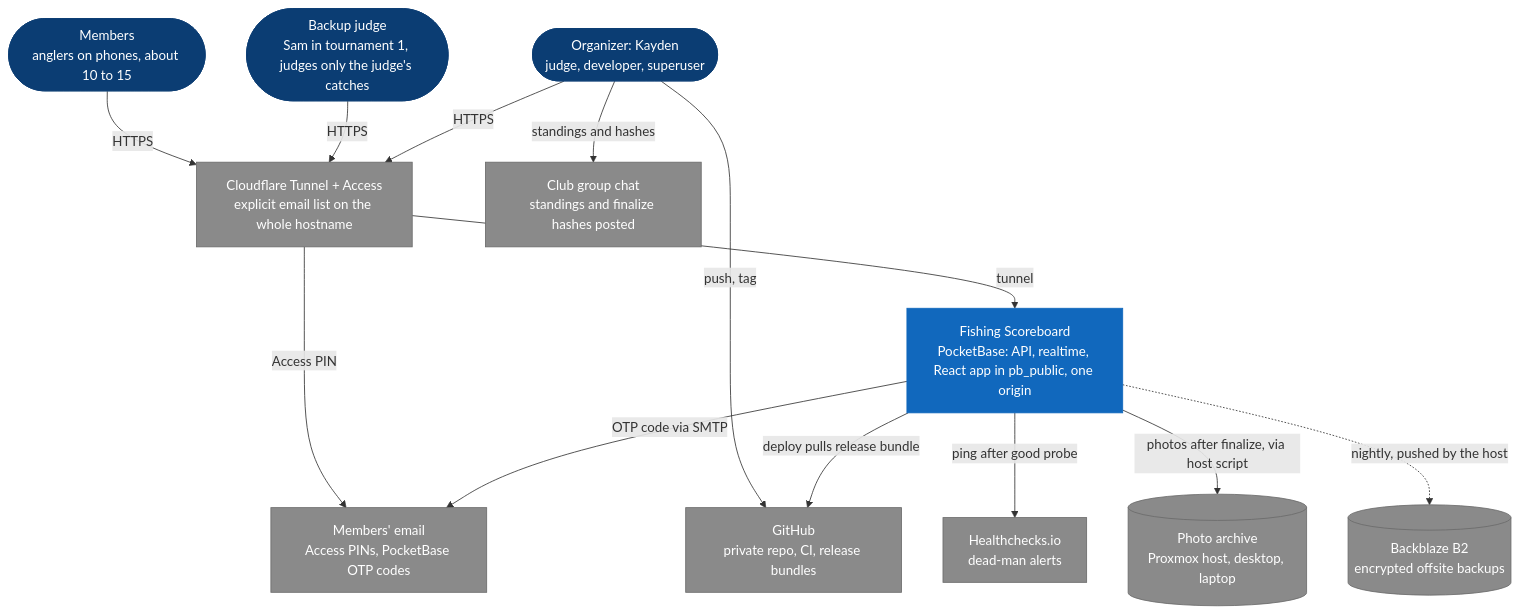
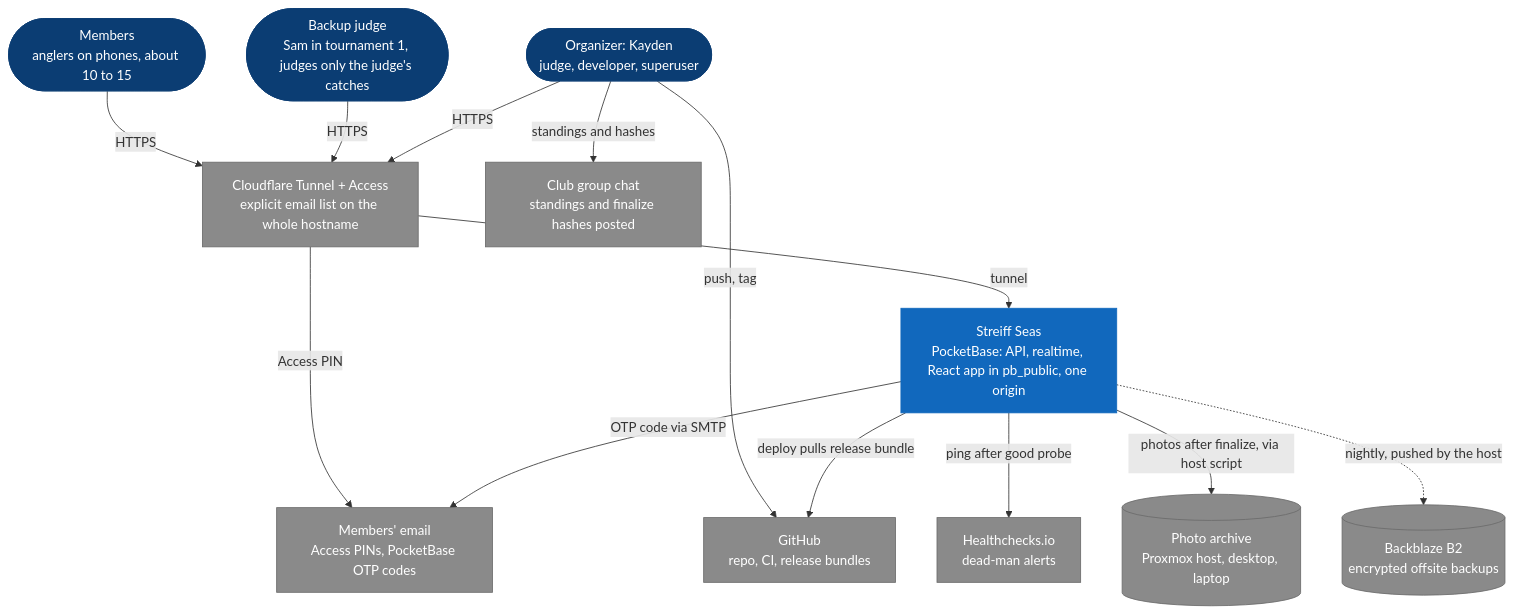
Before and after one commit to KaydenCouldBeBetter/Streiff-Seas: the first of 5 diagrams in docs/architecture.md, drawn with Mermaid. The commit also changed other lines of this file and 16 other files, not shown here.

Commit message:
Public-repo cleanup: README, screenshots, v0.9.0

````diff
--- a/docs/architecture.md
+++ b/docs/architecture.md
@@ -34,32 +34,32 @@
 ```mermaid
 flowchart TB
   MEM(["Members<br/>anglers on phones, about 10 to 15"])
   SAM(["Backup judge<br/>Sam in tournament 1, judges only the judge's catches"])
   ORG(["Organizer: Kayden<br/>judge, developer, superuser"])
   CF["Cloudflare Tunnel + Access<br/>explicit email list on the whole hostname"]
-  SB["Fishing Scoreboard<br/>PocketBase: API, realtime, React app in pb_public, one origin"]
-  GH["GitHub<br/>private repo, CI, release bundles"]
+  SB["Streiff Seas<br/>PocketBase: API, realtime, React app in pb_public, one origin"]
+  GH["GitHub<br/>repo, CI, release bundles"]
   MAIL["Members' email<br/>Access PINs, PocketBase OTP codes"]
   HC["Healthchecks.io<br/>dead-man alerts"]
   ARC[("Photo archive<br/>Proxmox host, desktop, laptop")]
   CHAT["Club group chat<br/>standings and finalize hashes posted"]
   B2[("Backblaze B2<br/>encrypted offsite backups")]
   MEM -->|HTTPS| CF
   SAM -->|HTTPS| CF
   ORG -->|HTTPS| CF
   CF -->|tunnel| SB
   CF -->|Access PIN| MAIL
   SB -->|OTP code via SMTP| MAIL
   ORG -->|push, tag| GH
   SB -->|deploy pulls release bundle| GH
   SB -->|ping after good probe| HC
   SB -->|photos after finalize, via host script| ARC
   ORG -->|standings and hashes| CHAT
   SB -.->|nightly, pushed by the host| B2
   classDef person fill:#0b3d73,color:#fff,stroke:#0b3d73
   classDef system fill:#1168bd,color:#fff,stroke:#1168bd
   classDef ext fill:#8a8a8a,color:#fff,stroke:#6b6b6b
   class MEM,SAM,ORG person
   class SB system
   class CF,GH,MAIL,HC,ARC,CHAT,B2 ext
 ```
````
